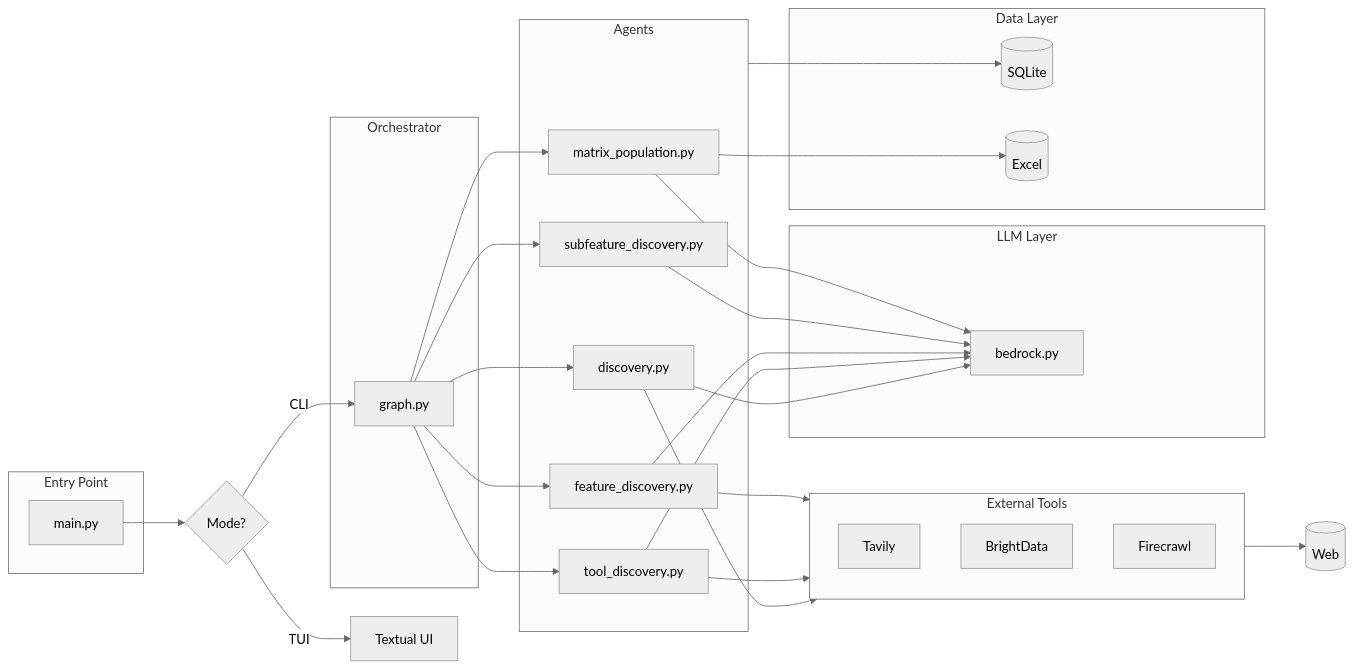
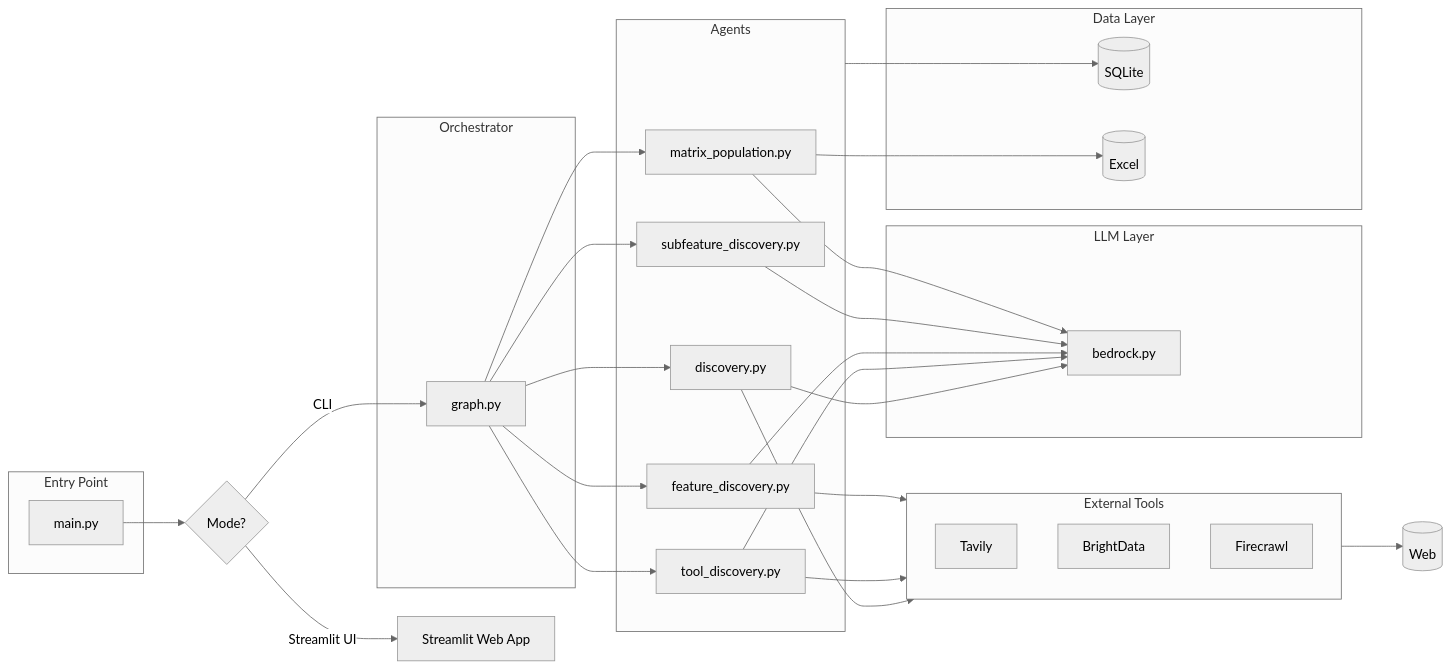
The second of 2 diagrams in README.md (thearpankumar/STORM-Security-Tool-Observation-Research-Matrix), drawn with Mermaid (neutral theme) before and after one commit. The commit also changed other lines of this file, not shown here.

First line of the commit message:
docs: update README for Streamlit web UI migration

````diff
--- a/README.md
+++ b/README.md
@@ -57,44 +57,44 @@
 ```mermaid
 flowchart LR
     subgraph CLI["Entry Point"]
         MAIN["main.py"]
     end
 
     subgraph ORCH["Orchestrator"]
         GRAPH["graph.py"]
     end
 
     subgraph AGENTS["Agents"]
         A1["discovery.py"]
         A2["tool_discovery.py"]
         A3["feature_discovery.py"]
         A4["subfeature_discovery.py"]
         A5["matrix_population.py"]
     end
 
     subgraph LLM["LLM Layer"]
         BEDROCK["bedrock.py"]
     end
 
     subgraph TOOLS["External Tools"]
         TAVILY["Tavily"]
         BRIGHT["BrightData"]
         FIRE["Firecrawl"]
     end
 
     subgraph DATA["Data Layer"]
         DB[("SQLite")]
         EXCEL[("Excel")]
     end
 
     MAIN --> CLI_MODE{"Mode?"}
-    CLI_MODE -->|"TUI"| TUI["Textual UI"]
+    CLI_MODE -->|"Streamlit UI"| TUI["Streamlit Web App"]
     CLI_MODE -->|"CLI"| GRAPH
 
     GRAPH --> A1 & A2 & A3 & A4 & A5
     A1 & A2 & A3 & A4 & A5 --> BEDROCK
     A1 & A2 & A3 --> TOOLS
     TOOLS --> WEB[("Web")]
     A5 --> EXCEL
     AGENTS --> DB
 ```
````
